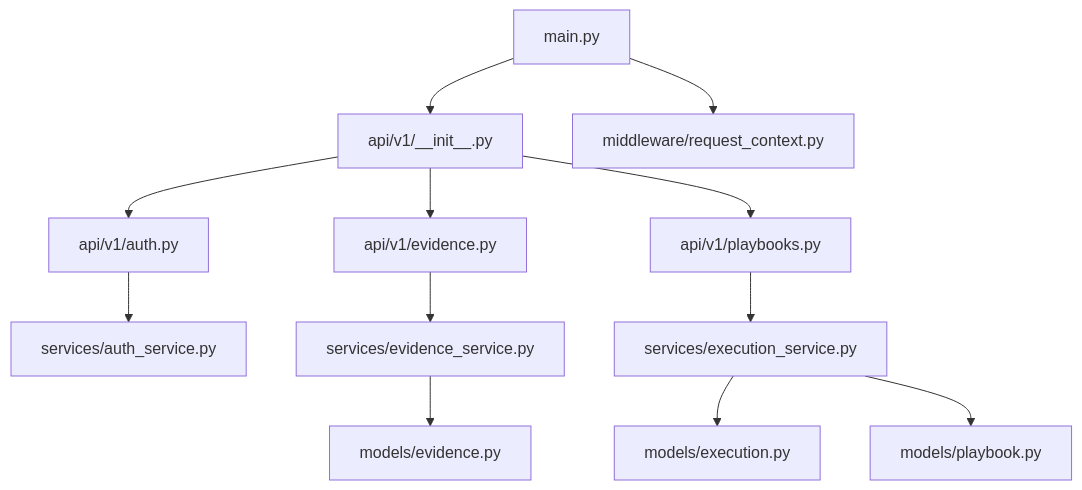
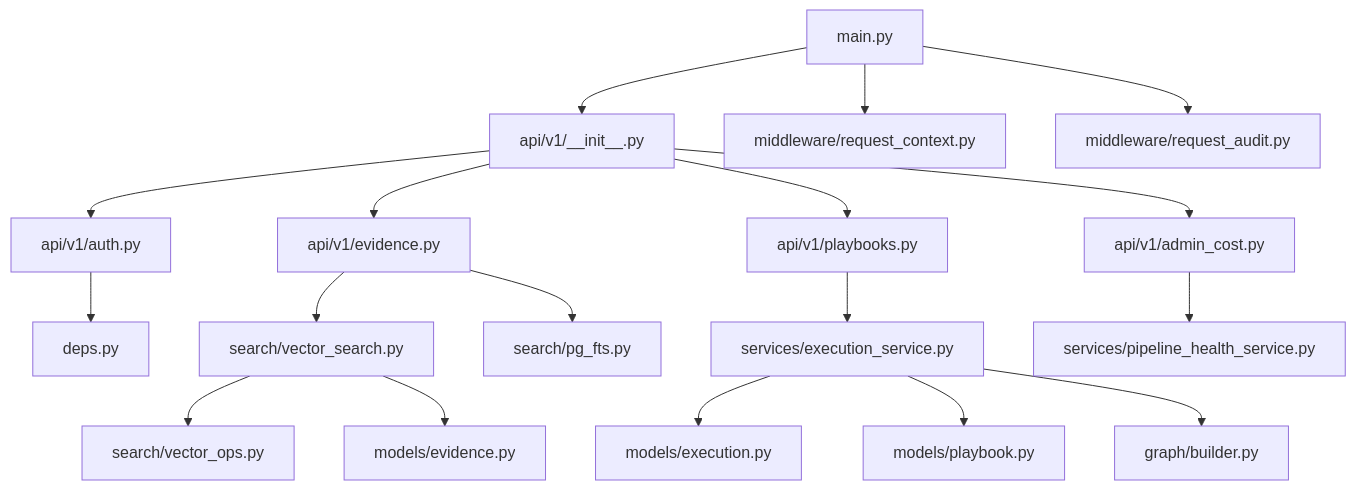
Before and after one commit to Valuedx/ContextEdge: the first of 7 diagrams in docs/12_File_Dependency_Map.md, drawn with Mermaid. The commit also changed other lines of this file and 48 other files, not shown here.

````diff
--- a/docs/12_File_Dependency_Map.md
+++ b/docs/12_File_Dependency_Map.md
@@ -94,14 +185,20 @@
 ```mermaid
 graph TD
     A[main.py] --> B[api/v1/__init__.py]
     A --> C[middleware/request_context.py]
+    A --> C2[middleware/request_audit.py]
     B --> D[api/v1/auth.py]
     B --> E[api/v1/evidence.py]
     B --> F[api/v1/playbooks.py]
-    D --> G[services/auth_service.py]
-    E --> H[services/evidence_service.py]
+    B --> Adm[api/v1/admin_cost.py]
+    D --> Deps[deps.py]
+    E --> H[search/vector_search.py]
+    E --> H2[search/pg_fts.py]
     F --> I[services/execution_service.py]
+    Adm --> PH[services/pipeline_health_service.py]
+    H --> VO[search/vector_ops.py]
     H --> J[models/evidence.py]
     I --> K[models/execution.py]
     I --> L[models/playbook.py]
+    I --> GB[graph/builder.py]
 ```
````
